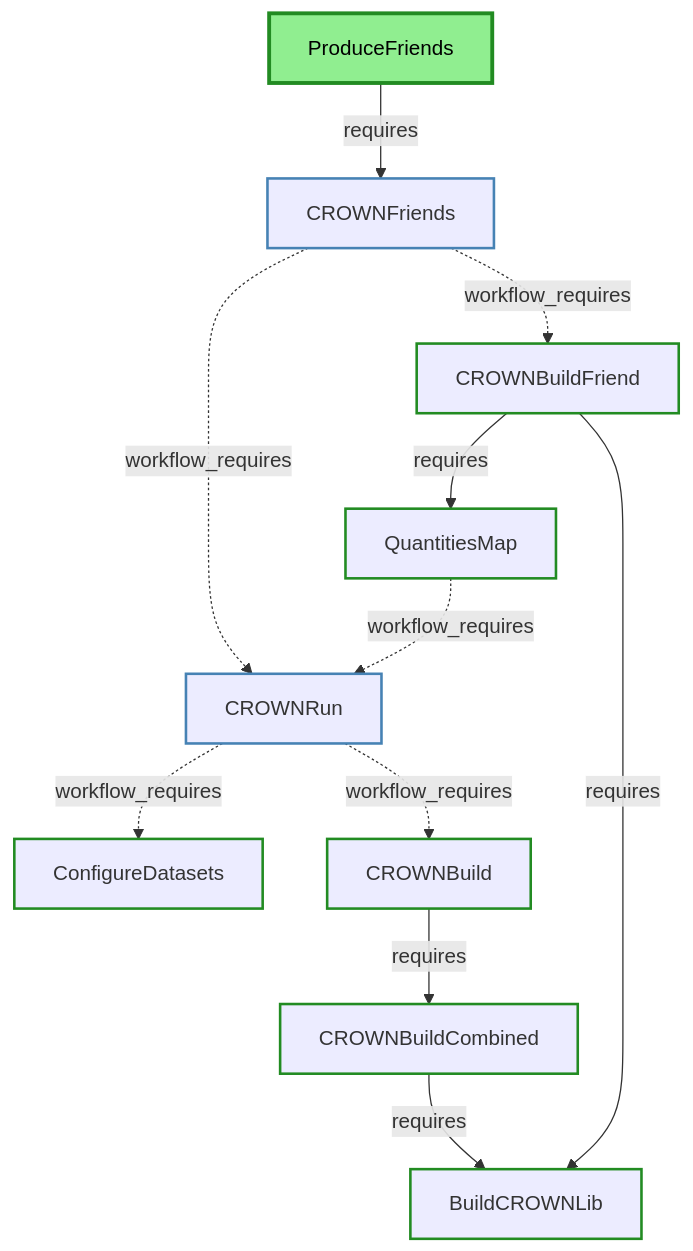
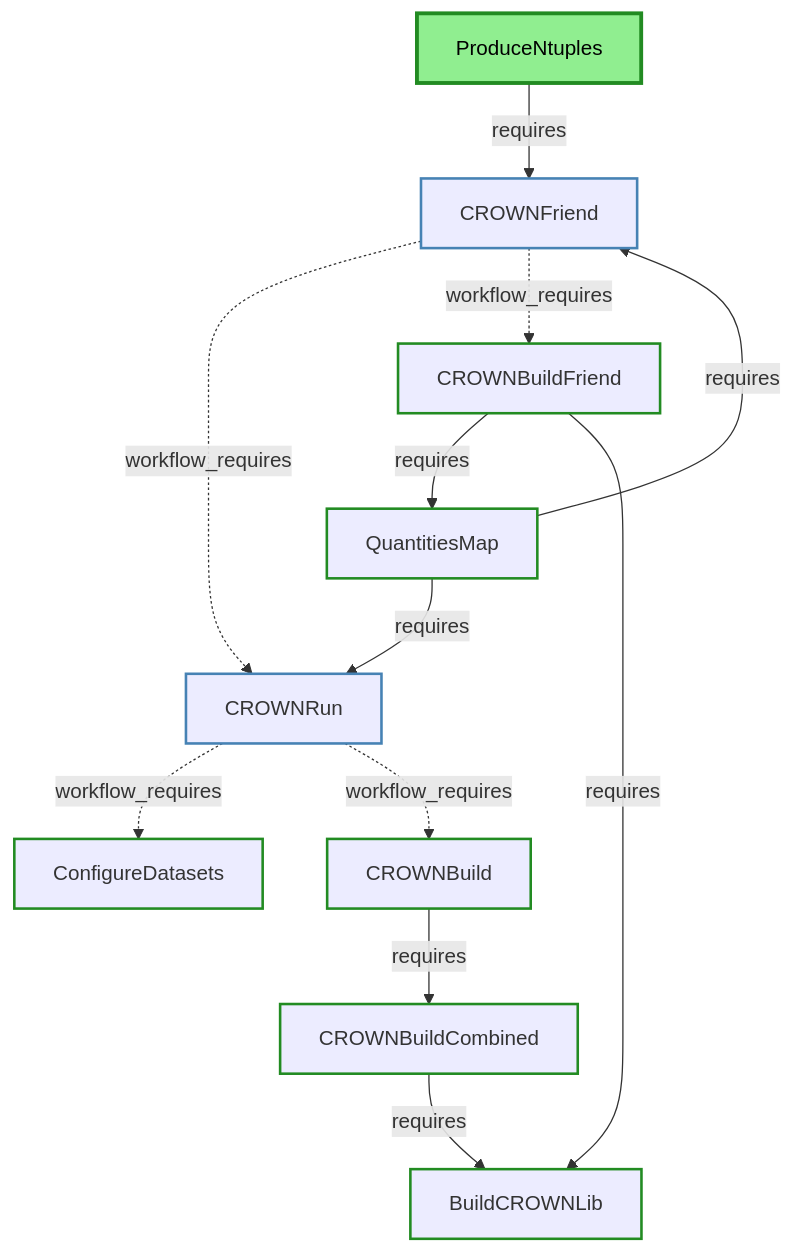
One commit to KIT-CMS/KingMaker changed the fourth of 4 diagrams in processor/DEPENDENCIES_DIAGRAM.md. Above: the diagram before and after it, drawn with Mermaid. The commit also changed other lines of this file and 1 other file, not shown here.

Commit message:
adapt class diagram and dependencies diagram to changes

````diff
--- a/processor/DEPENDENCIES_DIAGRAM.md
+++ b/processor/DEPENDENCIES_DIAGRAM.md
@@ -146,46 +124,47 @@
 ```mermaid
 flowchart TD
   %% CROWN Ntuple Production Tasks
   CROWNRun["CROWNRun"]
   ConfigureDatasets["ConfigureDatasets"]
   CROWNBuildCombined["CROWNBuildCombined"]
   CROWNBuild["CROWNBuild"]
   BuildCROWNLib["BuildCROWNLib"]
 
   %% CROWN Friend Production Tasks
-  ProduceFriends["ProduceFriends"]
-  CROWNFriends["CROWNFriends"]
+  ProduceNtuples["ProduceNtuples"]
+  CROWNFriend["CROWNFriend"]
   CROWNBuildFriend["CROWNBuildFriend"]
   QuantitiesMap["QuantitiesMap"]
 
-  %% CROWN Multi-Friend Production dependencies
-  QuantitiesMap -.->|workflow_requires| CROWNRun
+  %% Quantities map dependencies
+  QuantitiesMap -->|requires| CROWNRun
+  QuantitiesMap -->|requires| CROWNFriend
 
   %% CROWN Ntuple Production dependencies
   CROWNRun -.->|workflow_requires| ConfigureDatasets
   CROWNRun -.->|workflow_requires| CROWNBuild
   CROWNBuildCombined -->|requires| BuildCROWNLib
   CROWNBuild -->|requires| CROWNBuildCombined
 
   %% CROWN Friend Production dependencies
-  CROWNFriends -.->|workflow_requires| CROWNRun
-  CROWNFriends -.->|workflow_requires| CROWNBuildFriend
+  CROWNFriend -.->|workflow_requires| CROWNRun
+  CROWNFriend -.->|workflow_requires| CROWNBuildFriend
   CROWNBuildFriend -->|requires| QuantitiesMap
   CROWNBuildFriend -->|requires| BuildCROWNLib
-  ProduceFriends -->|requires| CROWNFriends
+  ProduceNtuples -->|requires| CROWNFriend
 
   %% Styling for top-level entry points
-  style ProduceFriends fill:#90EE90,stroke:#228B22,stroke-width:3px,color:#000
+  style ProduceNtuples fill:#90EE90,stroke:#228B22,stroke-width:3px,color:#000
 
   %% Styling for workflow tasks
   style CROWNRun stroke:#4682B4,stroke-width:2px
-  style CROWNFriends stroke:#4682B4,stroke-width:2px
+  style CROWNFriend stroke:#4682B4,stroke-width:2px
 
   %% Styling for local tasks with green border
   style ConfigureDatasets stroke:#228B22,stroke-width:2px
   style CROWNBuildCombined stroke:#228B22,stroke-width:2px
   style CROWNBuild stroke:#228B22,stroke-width:2px
   style BuildCROWNLib stroke:#228B22,stroke-width:2px
   style CROWNBuildFriend stroke:#228B22,stroke-width:2px
   style QuantitiesMap stroke:#228B22,stroke-width:2px
 ```
````
